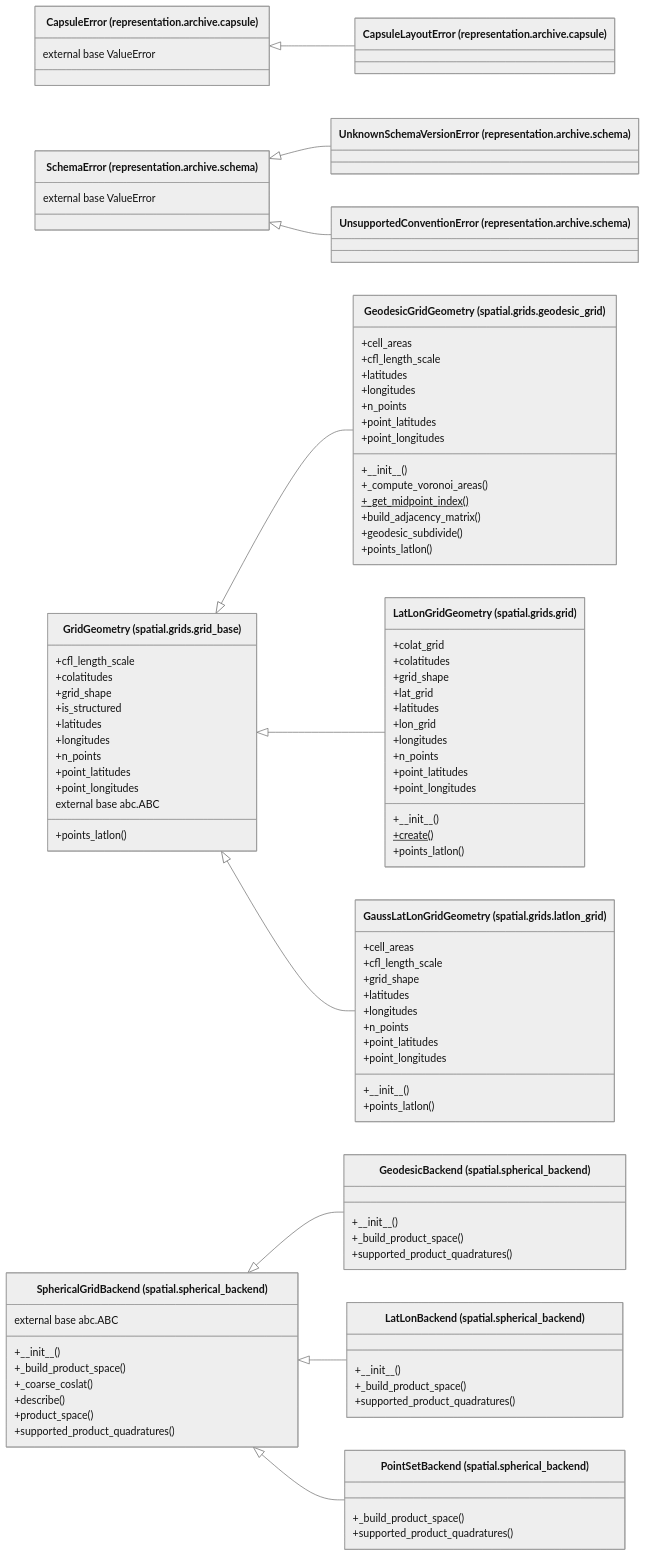
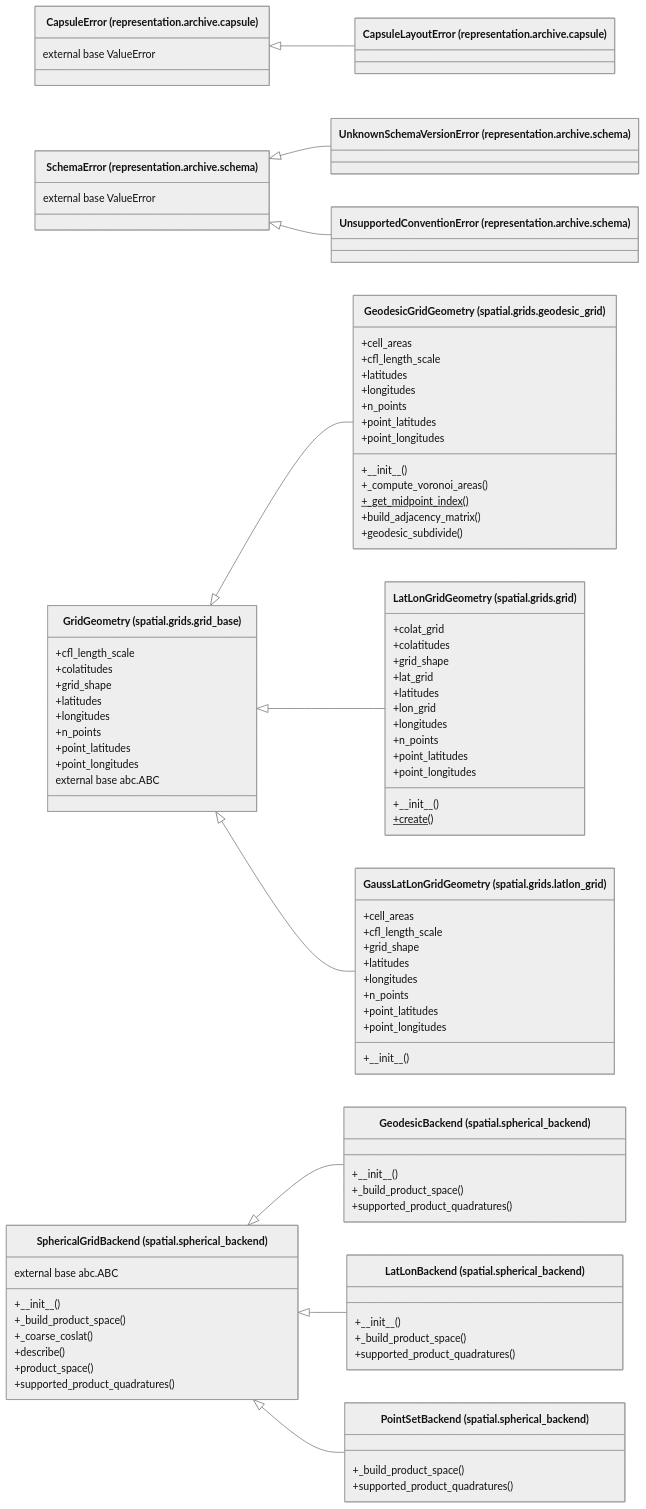
Before and after one commit to AlexandreEros/Palintropos: the diagram in docs/architecture/current/classes.mmd, drawn with Mermaid (neutral theme). The commit also changed 45 other files, not shown here.

```diff
--- a/docs/architecture/current/classes.mmd
+++ b/docs/architecture/current/classes.mmd
@@ -1,90 +1,85 @@
 %% Generated by tools.architecture 1.0.0. Do not edit by hand.
 %% Classes that take part in an inheritance edge between analysed classes, with the functions defined in each class body.
 classDiagram
     direction LR
     class c_tropoi_orepresentation_oarchive_ocapsule_oCapsuleError["CapsuleError (representation.archive.capsule)"]
     c_tropoi_orepresentation_oarchive_ocapsule_oCapsuleError : external base ValueError
     class c_tropoi_orepresentation_oarchive_ocapsule_oCapsuleLayoutError["CapsuleLayoutError (representation.archive.capsule)"]
     class c_tropoi_orepresentation_oarchive_oschema_oSchemaError["SchemaError (representation.archive.schema)"]
     c_tropoi_orepresentation_oarchive_oschema_oSchemaError : external base ValueError
     class c_tropoi_orepresentation_oarchive_oschema_oUnknownSchemaVersionError["UnknownSchemaVersionError (representation.archive.schema)"]
     class c_tropoi_orepresentation_oarchive_oschema_oUnsupportedConventionError["UnsupportedConventionError (representation.archive.schema)"]
     class c_tropoi_ospatial_ogrids_ogeodesic__grid_oGeodesicGridGeometry["GeodesicGridGeometry (spatial.grids.geodesic_grid)"]
     c_tropoi_ospatial_ogrids_ogeodesic__grid_oGeodesicGridGeometry : +#95;#95;init#95;#95;()
     c_tropoi_ospatial_ogrids_ogeodesic__grid_oGeodesicGridGeometry : +#95;compute#95;voronoi#95;areas()
     c_tropoi_ospatial_ogrids_ogeodesic__grid_oGeodesicGridGeometry : +#95;get#95;midpoint#95;index()$
     c_tropoi_ospatial_ogrids_ogeodesic__grid_oGeodesicGridGeometry : +build#95;adjacency#95;matrix()
     c_tropoi_ospatial_ogrids_ogeodesic__grid_oGeodesicGridGeometry : +cell#95;areas
     c_tropoi_ospatial_ogrids_ogeodesic__grid_oGeodesicGridGeometry : +cfl#95;length#95;scale
     c_tropoi_ospatial_ogrids_ogeodesic__grid_oGeodesicGridGeometry : +geodesic#95;subdivide()
     c_tropoi_ospatial_ogrids_ogeodesic__grid_oGeodesicGridGeometry : +latitudes
     c_tropoi_ospatial_ogrids_ogeodesic__grid_oGeodesicGridGeometry : +longitudes
     c_tropoi_ospatial_ogrids_ogeodesic__grid_oGeodesicGridGeometry : +n#95;points
     c_tropoi_ospatial_ogrids_ogeodesic__grid_oGeodesicGridGeometry : +point#95;latitudes
     c_tropoi_ospatial_ogrids_ogeodesic__grid_oGeodesicGridGeometry : +point#95;longitudes
-    c_tropoi_ospatial_ogrids_ogeodesic__grid_oGeodesicGridGeometry : +points#95;latlon()
     class c_tropoi_ospatial_ogrids_ogrid_oLatLonGridGeometry["LatLonGridGeometry (spatial.grids.grid)"]
     c_tropoi_ospatial_ogrids_ogrid_oLatLonGridGeometry : +#95;#95;init#95;#95;()
     c_tropoi_ospatial_ogrids_ogrid_oLatLonGridGeometry : +colat#95;grid
     c_tropoi_ospatial_ogrids_ogrid_oLatLonGridGeometry : +colatitudes
     c_tropoi_ospatial_ogrids_ogrid_oLatLonGridGeometry : +create()$
     c_tropoi_ospatial_ogrids_ogrid_oLatLonGridGeometry : +grid#95;shape
     c_tropoi_ospatial_ogrids_ogrid_oLatLonGridGeometry : +lat#95;grid
     c_tropoi_ospatial_ogrids_ogrid_oLatLonGridGeometry : +latitudes
     c_tropoi_ospatial_ogrids_ogrid_oLatLonGridGeometry : +lon#95;grid
     c_tropoi_ospatial_ogrids_ogrid_oLatLonGridGeometry : +longitudes
     c_tropoi_ospatial_ogrids_ogrid_oLatLonGridGeometry : +n#95;points
     c_tropoi_ospatial_ogrids_ogrid_oLatLonGridGeometry : +point#95;latitudes
     c_tropoi_ospatial_ogrids_ogrid_oLatLonGridGeometry : +point#95;longitudes
-    c_tropoi_ospatial_ogrids_ogrid_oLatLonGridGeometry : +points#95;latlon()
     class c_tropoi_ospatial_ogrids_ogrid__base_oGridGeometry["GridGeometry (spatial.grids.grid_base)"]
     c_tropoi_ospatial_ogrids_ogrid__base_oGridGeometry : +cfl#95;length#95;scale
     c_tropoi_ospatial_ogrids_ogrid__base_oGridGeometry : +colatitudes
     c_tropoi_ospatial_ogrids_ogrid__base_oGridGeometry : +grid#95;shape
-    c_tropoi_ospatial_ogrids_ogrid__base_oGridGeometry : +is#95;structured
     c_tropoi_ospatial_ogrids_ogrid__base_oGridGeometry : +latitudes
     c_tropoi_ospatial_ogrids_ogrid__base_oGridGeometry : +longitudes
     c_tropoi_ospatial_ogrids_ogrid__base_oGridGeometry : +n#95;points
     c_tropoi_ospatial_ogrids_ogrid__base_oGridGeometry : +point#95;latitudes
     c_tropoi_ospatial_ogrids_ogrid__base_oGridGeometry : +point#95;longitudes
-    c_tropoi_ospatial_ogrids_ogrid__base_oGridGeometry : +points#95;latlon()
     c_tropoi_ospatial_ogrids_ogrid__base_oGridGeometry : external base abc.ABC
     class c_tropoi_ospatial_ogrids_olatlon__grid_oGaussLatLonGridGeometry["GaussLatLonGridGeometry (spatial.grids.latlon_grid)"]
     c_tropoi_ospatial_ogrids_olatlon__grid_oGaussLatLonGridGeometry : +#95;#95;init#95;#95;()
     c_tropoi_ospatial_ogrids_olatlon__grid_oGaussLatLonGridGeometry : +cell#95;areas
     c_tropoi_ospatial_ogrids_olatlon__grid_oGaussLatLonGridGeometry : +cfl#95;length#95;scale
     c_tropoi_ospatial_ogrids_olatlon__grid_oGaussLatLonGridGeometry : +grid#95;shape
     c_tropoi_ospatial_ogrids_olatlon__grid_oGaussLatLonGridGeometry : +latitudes
     c_tropoi_ospatial_ogrids_olatlon__grid_oGaussLatLonGridGeometry : +longitudes
     c_tropoi_ospatial_ogrids_olatlon__grid_oGaussLatLonGridGeometry : +n#95;points
     c_tropoi_ospatial_ogrids_olatlon__grid_oGaussLatLonGridGeometry : +point#95;latitudes
     c_tropoi_ospatial_ogrids_olatlon__grid_oGaussLatLonGridGeometry : +point#95;longitudes
-    c_tropoi_ospatial_ogrids_olatlon__grid_oGaussLatLonGridGeometry : +points#95;latlon()
     class c_tropoi_ospatial_ospherical__backend_oGeodesicBackend["GeodesicBackend (spatial.spherical_backend)"]
     c_tropoi_ospatial_ospherical__backend_oGeodesicBackend : +#95;#95;init#95;#95;()
     c_tropoi_ospatial_ospherical__backend_oGeodesicBackend : +#95;build#95;product#95;space()
     c_tropoi_ospatial_ospherical__backend_oGeodesicBackend : +supported#95;product#95;quadratures()
     class c_tropoi_ospatial_ospherical__backend_oLatLonBackend["LatLonBackend (spatial.spherical_backend)"]
     c_tropoi_ospatial_ospherical__backend_oLatLonBackend : +#95;#95;init#95;#95;()
     c_tropoi_ospatial_ospherical__backend_oLatLonBackend : +#95;build#95;product#95;space()
     c_tropoi_ospatial_ospherical__backend_oLatLonBackend : +supported#95;product#95;quadratures()
     class c_tropoi_ospatial_ospherical__backend_oPointSetBackend["PointSetBackend (spatial.spherical_backend)"]
     c_tropoi_ospatial_ospherical__backend_oPointSetBackend : +#95;build#95;product#95;space()
     c_tropoi_ospatial_ospherical__backend_oPointSetBackend : +supported#95;product#95;quadratures()
     class c_tropoi_ospatial_ospherical__backend_oSphericalGridBackend["SphericalGridBackend (spatial.spherical_backend)"]
     c_tropoi_ospatial_ospherical__backend_oSphericalGridBackend : +#95;#95;init#95;#95;()
     c_tropoi_ospatial_ospherical__backend_oSphericalGridBackend : +#95;build#95;product#95;space()
     c_tropoi_ospatial_ospherical__backend_oSphericalGridBackend : +#95;coarse#95;coslat()
     c_tropoi_ospatial_ospherical__backend_oSphericalGridBackend : +describe()
     c_tropoi_ospatial_ospherical__backend_oSphericalGridBackend : +product#95;space()
     c_tropoi_ospatial_ospherical__backend_oSphericalGridBackend : +supported#95;product#95;quadratures()
     c_tropoi_ospatial_ospherical__backend_oSphericalGridBackend : external base abc.ABC
     c_tropoi_orepresentation_oarchive_ocapsule_oCapsuleError <|-- c_tropoi_orepresentation_oarchive_ocapsule_oCapsuleLayoutError
     c_tropoi_orepresentation_oarchive_oschema_oSchemaError <|-- c_tropoi_orepresentation_oarchive_oschema_oUnknownSchemaVersionError
     c_tropoi_orepresentation_oarchive_oschema_oSchemaError <|-- c_tropoi_orepresentation_oarchive_oschema_oUnsupportedConventionError
     c_tropoi_ospatial_ogrids_ogrid__base_oGridGeometry <|-- c_tropoi_ospatial_ogrids_ogeodesic__grid_oGeodesicGridGeometry
     c_tropoi_ospatial_ogrids_ogrid__base_oGridGeometry <|-- c_tropoi_ospatial_ogrids_ogrid_oLatLonGridGeometry
     c_tropoi_ospatial_ogrids_ogrid__base_oGridGeometry <|-- c_tropoi_ospatial_ogrids_olatlon__grid_oGaussLatLonGridGeometry
     c_tropoi_ospatial_ospherical__backend_oSphericalGridBackend <|-- c_tropoi_ospatial_ospherical__backend_oGeodesicBackend
     c_tropoi_ospatial_ospherical__backend_oSphericalGridBackend <|-- c_tropoi_ospatial_ospherical__backend_oLatLonBackend
     c_tropoi_ospatial_ospherical__backend_oSphericalGridBackend <|-- c_tropoi_ospatial_ospherical__backend_oPointSetBackend
```
